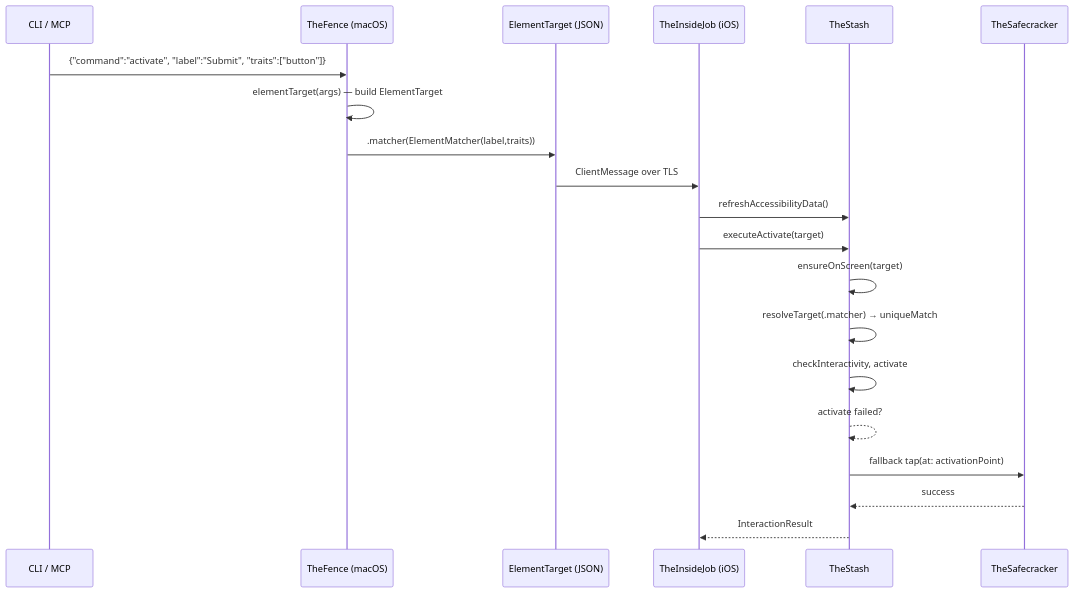
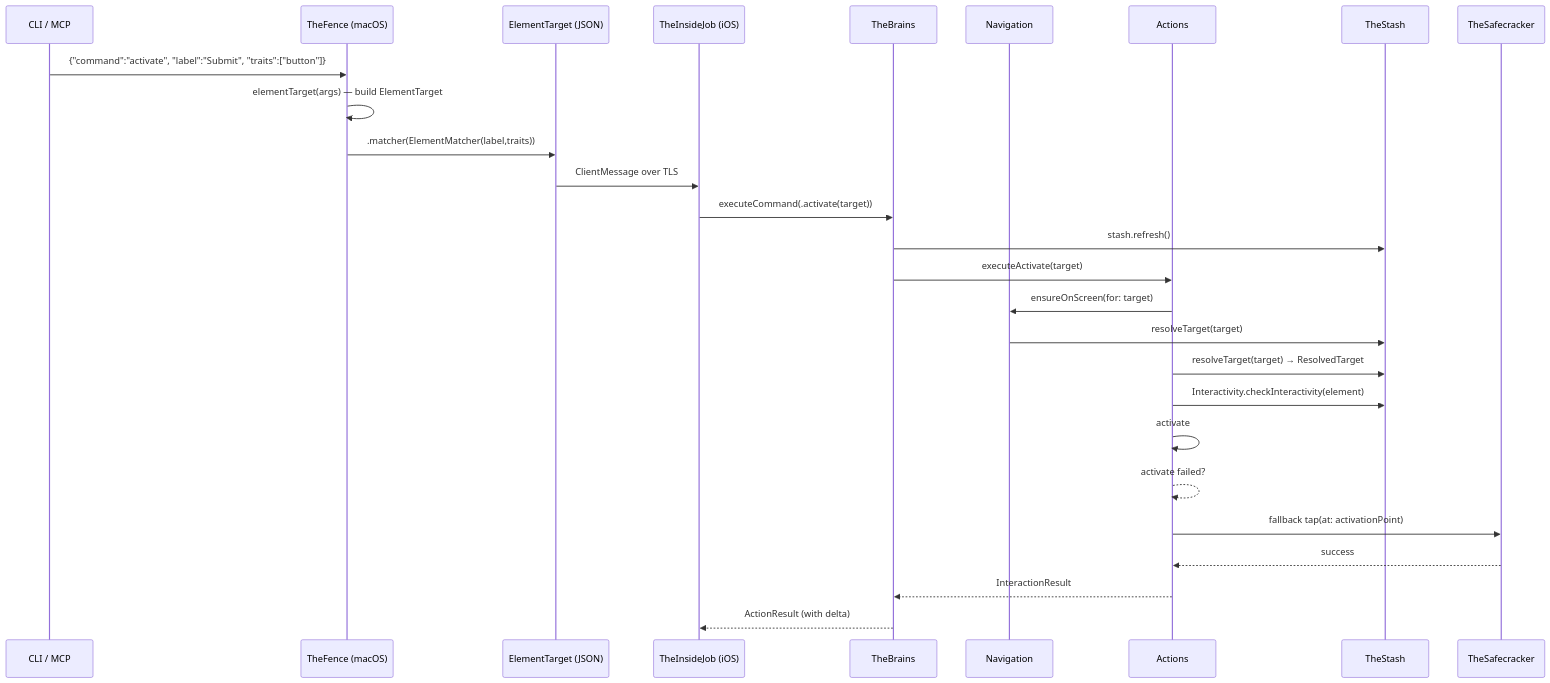
The first of 2 diagrams in docs/dossiers/12-UNIFIED-TARGETING.md (RoyalPineapple/TheButtonHeist), drawn with Mermaid before and after one commit. The commit also changed other lines of this file and 13 other files, not shown here.

First line of the commit message:
Dossiers: refresh to post-0.2.25, post-TheBrains-decomp reality

````diff
--- a/docs/dossiers/12-UNIFIED-TARGETING.md
+++ b/docs/dossiers/12-UNIFIED-TARGETING.md
@@ -28,23 +28,30 @@
 ```mermaid
 sequenceDiagram
     participant Caller as CLI / MCP
     participant TF as TheFence (macOS)
     participant Wire as ElementTarget (JSON)
     participant IJ as TheInsideJob (iOS)
-    participant TB as TheStash
+    participant TB as TheBrains
+    participant NAV as Navigation
+    participant ACT as Actions
+    participant ST as TheStash
     participant TS as TheSafecracker
 
     Caller->>TF: {"command":"activate", "label":"Submit", "traits":["button"]}
     TF->>TF: elementTarget(args) — build ElementTarget
     TF->>Wire: .matcher(ElementMatcher(label,traits))
     Wire->>IJ: ClientMessage over TLS
-    IJ->>TB: refreshAccessibilityData()
-    IJ->>TB: executeActivate(target)
-    TB->>TB: ensureOnScreen(target)
-    TB->>TB: resolveTarget(.matcher) → uniqueMatch
-    TB->>TB: checkInteractivity, activate
-    TB-->>TB: activate failed?
-    TB->>TS: fallback tap(at: activationPoint)
-    TS-->>TB: success
-    TB-->>IJ: InteractionResult
+    IJ->>TB: executeCommand(.activate(target))
+    TB->>ST: stash.refresh()
+    TB->>ACT: executeActivate(target)
+    ACT->>NAV: ensureOnScreen(for: target)
+    NAV->>ST: resolveTarget(target)
+    ACT->>ST: resolveTarget(target) → ResolvedTarget
+    ACT->>ST: Interactivity.checkInteractivity(element)
+    ACT->>ACT: activate
+    ACT-->>ACT: activate failed?
+    ACT->>TS: fallback tap(at: activationPoint)
+    TS-->>ACT: success
+    ACT-->>TB: InteractionResult
+    TB-->>IJ: ActionResult (with delta)
 ```
````
